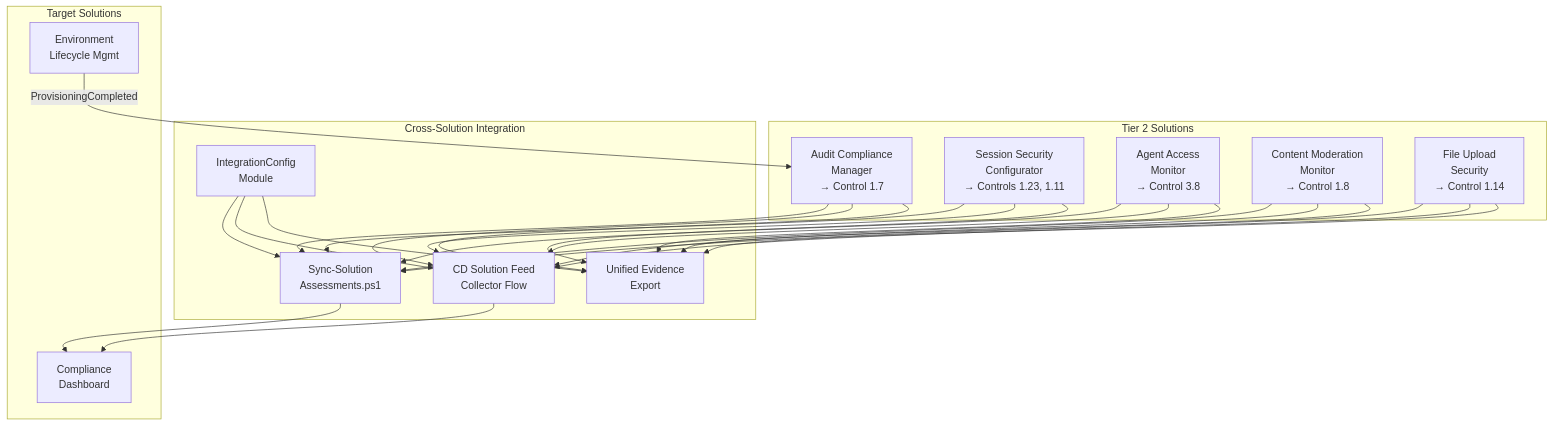
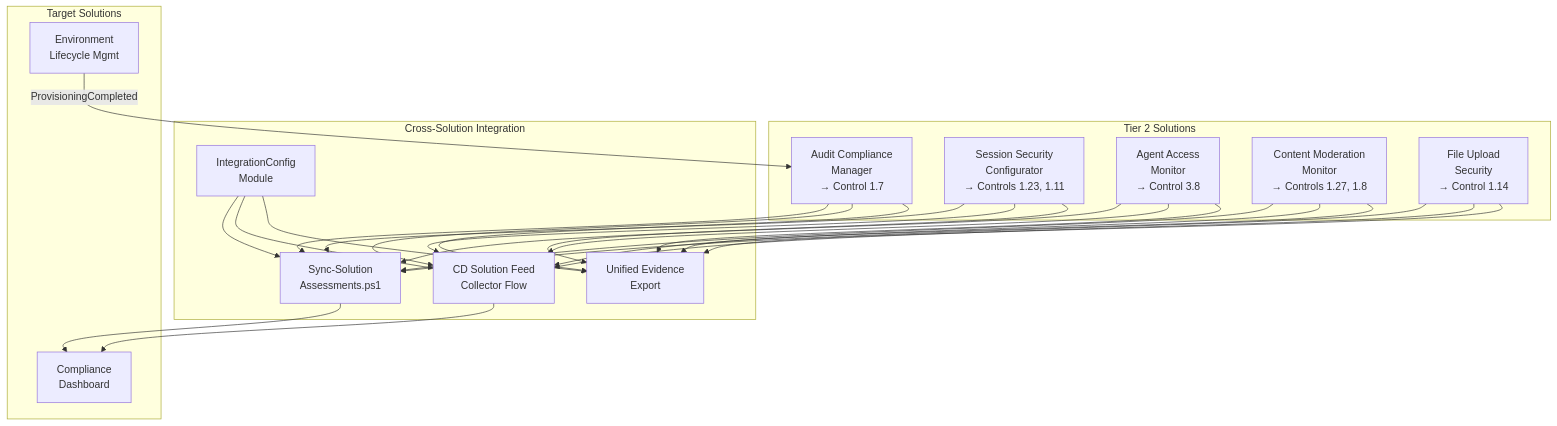
Before and after one commit to judeper/FSI-AgentGov: the second of 2 diagrams in docs/framework/solutions-integration.md, drawn with Mermaid. The commit also changed other lines of this file and 8 other files, not shown here.

First line of the commit message:
docs: update CMM status to Completed and add Control 1.27 mappings

````diff
--- a/docs/framework/solutions-integration.md
+++ b/docs/framework/solutions-integration.md
@@ -433,48 +434,48 @@
 ```mermaid
 flowchart TB
     subgraph Tier2["Tier 2 Solutions"]
         ACM[Audit Compliance<br/>Manager<br/>→ Control 1.7]
         SSC[Session Security<br/>Configurator<br/>→ Controls 1.23, 1.11]
         AAM[Agent Access<br/>Monitor<br/>→ Control 3.8]
-        CMM[Content Moderation<br/>Monitor<br/>→ Control 1.8]
+        CMM[Content Moderation<br/>Monitor<br/>→ Controls 1.27, 1.8]
         FUS[File Upload<br/>Security<br/>→ Control 1.14]
     end
 
     subgraph Integration["Cross-Solution Integration"]
         SYNC[Sync-Solution<br/>Assessments.ps1]
         FLOW[CD Solution Feed<br/>Collector Flow]
         CONFIG[IntegrationConfig<br/>Module]
         EXPORT[Unified Evidence<br/>Export]
     end
 
     subgraph Targets["Target Solutions"]
         CD[Compliance<br/>Dashboard]
         ELM[Environment<br/>Lifecycle Mgmt]
     end
 
     ACM --> SYNC
     SSC --> SYNC
     AAM --> SYNC
     CMM --> SYNC
     FUS --> SYNC
 
     ACM --> FLOW
     SSC --> FLOW
     AAM --> FLOW
     CMM --> FLOW
     FUS --> FLOW
 
     SYNC --> CD
     FLOW --> CD
     CONFIG --> SYNC
     CONFIG --> FLOW
     CONFIG --> EXPORT
 
     ELM -->|ProvisioningCompleted| ACM
 
     ACM --> EXPORT
     SSC --> EXPORT
     AAM --> EXPORT
     CMM --> EXPORT
     FUS --> EXPORT
 ```
````
